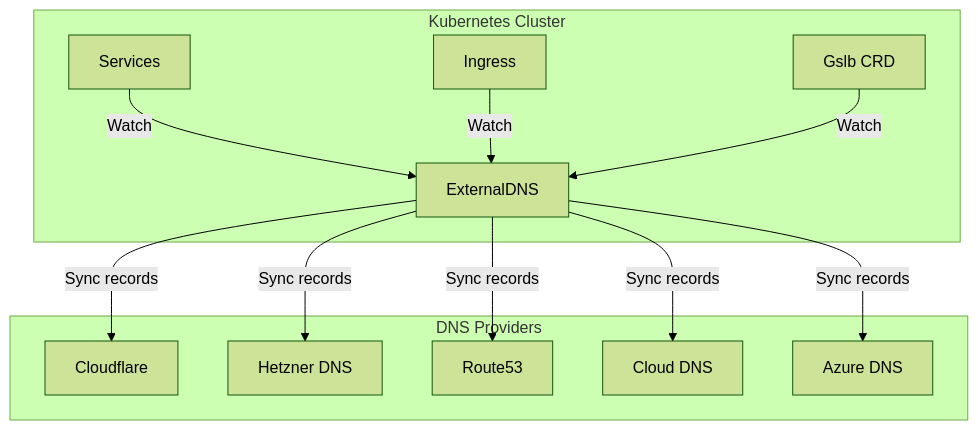
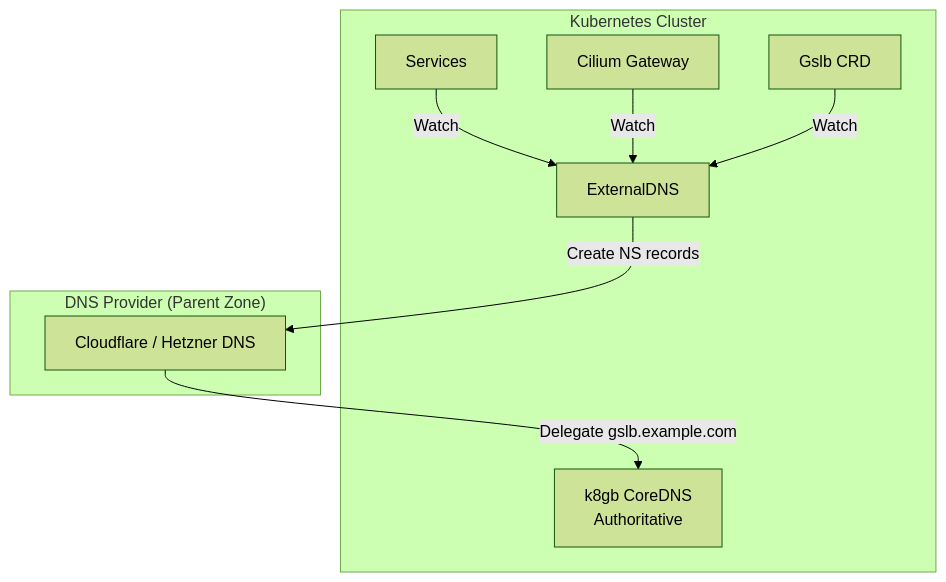
One commit to openova-io/external-dns changed the first of 2 diagrams in docs/ADR-EXTERNAL-DNS.md. Above: the diagram before and after it, drawn with Mermaid (forest theme). The commit also changed other lines of this file, not shown here.

First line of the commit message:
docs: update ExternalDNS for k8gb integration

````diff
--- a/docs/ADR-EXTERNAL-DNS.md
+++ b/docs/ADR-EXTERNAL-DNS.md
@@ -21,26 +22,20 @@
 ```mermaid
 flowchart TB
     subgraph K8s["Kubernetes Cluster"]
         SVC[Services]
-        ING[Ingress]
+        GW[Cilium Gateway]
         GSLB[Gslb CRD]
         EDNS[ExternalDNS]
+        K8GB[k8gb CoreDNS<br/>Authoritative]
     end
 
-    subgraph Providers["DNS Providers"]
-        CF[Cloudflare]
-        HZ[Hetzner DNS]
-        R53[Route53]
-        CDNS[Cloud DNS]
-        ADNS[Azure DNS]
+    subgraph Providers["DNS Provider (Parent Zone)"]
+        CF[Cloudflare / Hetzner DNS]
     end
 
     SVC -->|"Watch"| EDNS
-    ING -->|"Watch"| EDNS
+    GW -->|"Watch"| EDNS
     GSLB -->|"Watch"| EDNS
-    EDNS -->|"Sync records"| CF
-    EDNS -->|"Sync records"| HZ
-    EDNS -->|"Sync records"| R53
-    EDNS -->|"Sync records"| CDNS
-    EDNS -->|"Sync records"| ADNS
+    EDNS -->|"Create NS records"| CF
+    CF -->|"Delegate gslb.example.com"| K8GB
 ```
````
